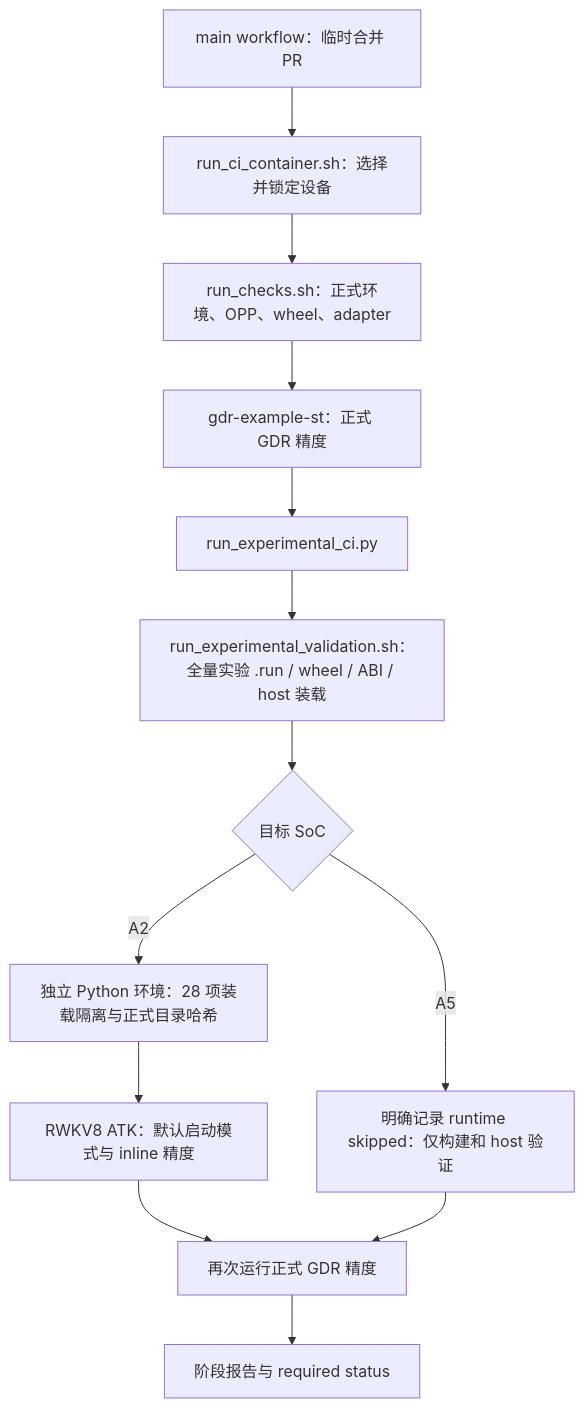
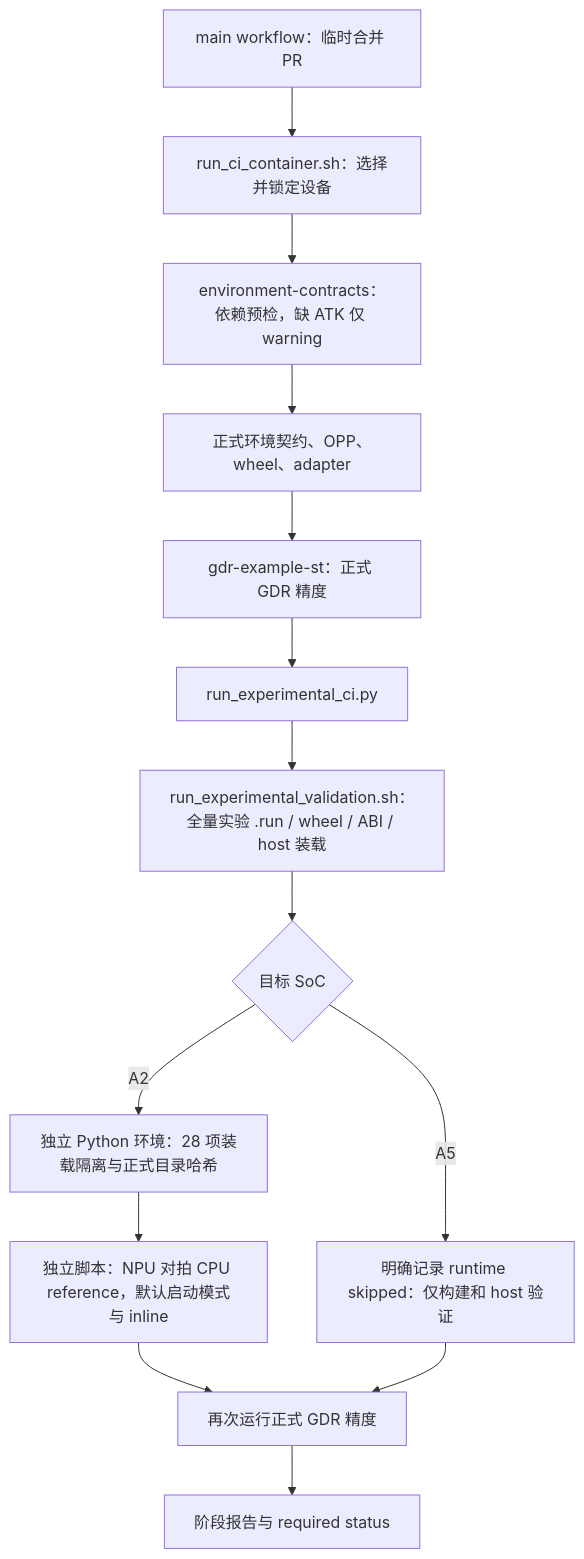
One commit to zzy1205/flash-linear-attention-npu changed the second of 2 diagrams in docs/architecture/experimental 构建适配设计.md. Above: the diagram before and after it, drawn with Mermaid. The commit also changed other lines of this file and 15 other files, not shown here.

Commit message:
fix(ci): preflight dependencies and validate experimental ops against CPU reference

````diff
--- a/docs/architecture/experimental 构建适配设计.md
+++ b/docs/architecture/experimental 构建适配设计.md
@@ -304,15 +307,16 @@
 ```mermaid
 flowchart TD
     A[main workflow：临时合并 PR] --> B[run_ci_container.sh：选择并锁定设备]
-    B --> C[run_checks.sh：正式环境、OPP、wheel、adapter]
+    B --> P[environment-contracts：依赖预检，缺 ATK 仅 warning]
+    P --> C[正式环境契约、OPP、wheel、adapter]
     C --> D[gdr-example-st：正式 GDR 精度]
     D --> E[run_experimental_ci.py]
     E --> F[run_experimental_validation.sh：全量实验 .run / wheel / ABI / host 装载]
     F --> G{目标 SoC}
     G -->|A2| H[独立 Python 环境：28 项装载隔离与正式目录哈希]
-    H --> I[RWKV8 ATK：默认启动模式与 inline 精度]
+    H --> I[独立脚本：NPU 对拍 CPU reference，默认启动模式与 inline]
     G -->|A5| J[明确记录 runtime skipped：仅构建和 host 验证]
     I --> K[再次运行正式 GDR 精度]
     J --> K
     K --> L[阶段报告与 required status]
 ```
````
